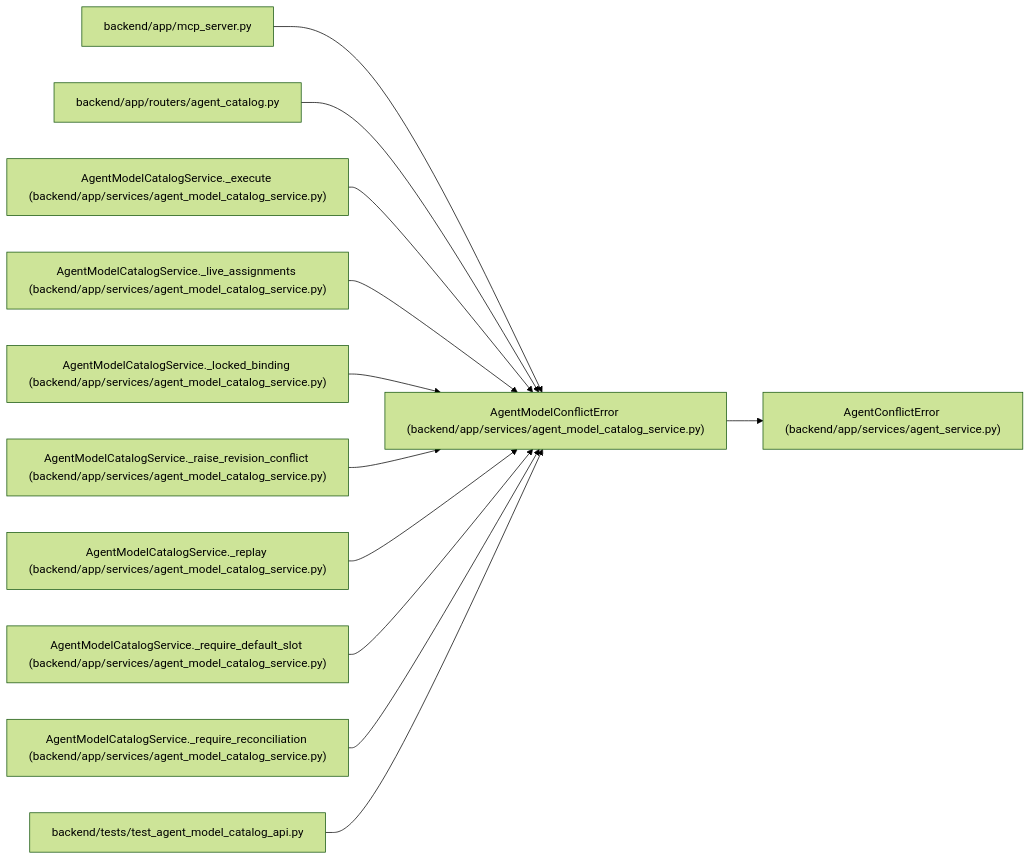
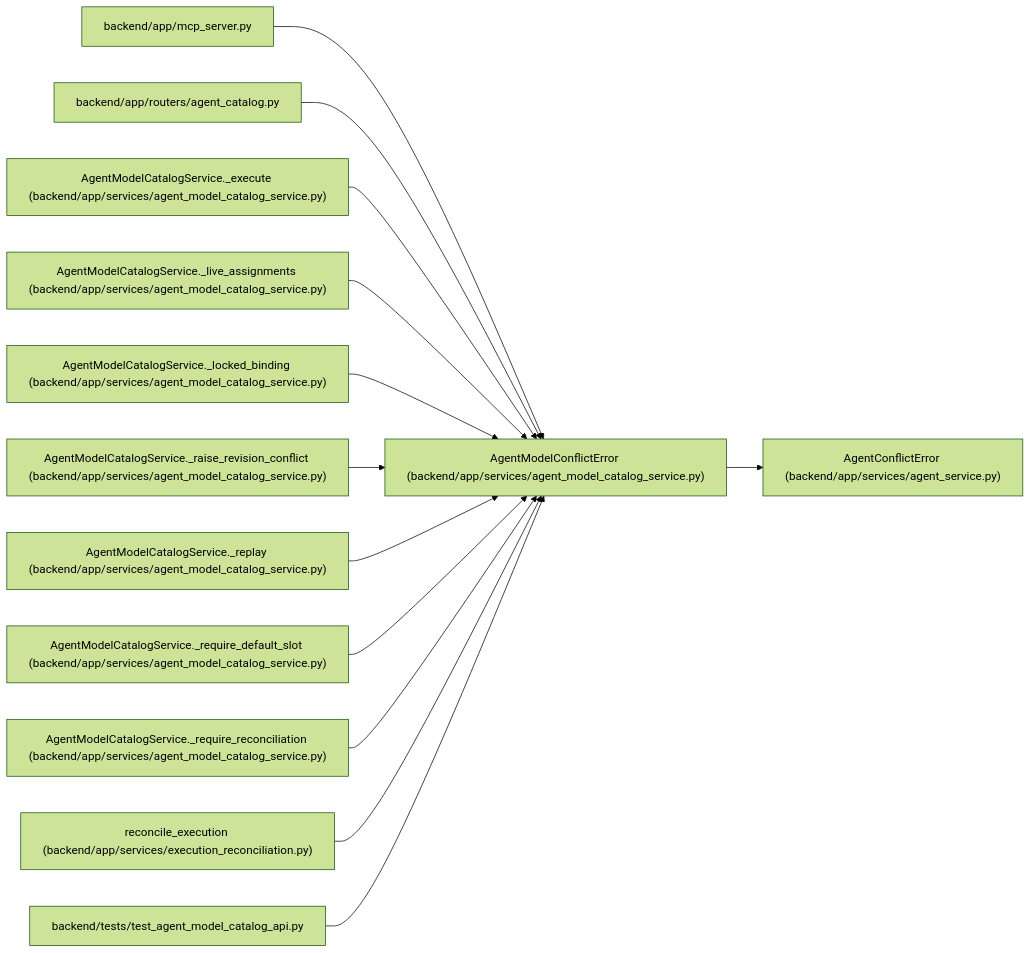
Before and after one commit to Denissvgn/WorkChord: the diagram in docs/llm_wiki/entities/AgentModelConflictError.md, drawn with Mermaid (forest theme). The commit also changed other lines of this file and 2373 other files, not shown here.

````diff
--- a/docs/llm_wiki/entities/AgentModelConflictError.md
+++ b/docs/llm_wiki/entities/AgentModelConflictError.md
@@ -26,38 +26,41 @@
 ```mermaid
 flowchart LR
     n0["AgentModelConflictError (backend/app/services/agent_model_catalog_service.py)"]
     n1["AgentConflictError (backend/app/services/agent_service.py)"]
     n2["backend/app/mcp_server.py"]
     n3["backend/app/routers/agent_catalog.py"]
     n4["AgentModelCatalogService._execute (backend/app/services/agent_model_catalog_service.py)"]
     n5["AgentModelCatalogService._live_assignments (backend/app/services/agent_model_catalog_service.py)"]
     n6["AgentModelCatalogService._locked_binding (backend/app/services/agent_model_catalog_service.py)"]
     n7["AgentModelCatalogService._raise_revision_conflict (backend/app/services/agent_model_catalog_service.py)"]
     n8["AgentModelCatalogService._replay (backend/app/services/agent_model_catalog_service.py)"]
     n9["AgentModelCatalogService._require_default_slot (backend/app/services/agent_model_catalog_service.py)"]
     n10["AgentModelCatalogService._require_reconciliation (backend/app/services/agent_model_catalog_service.py)"]
-    n11["backend/tests/test_agent_model_catalog_api.py"]
+    n11["reconcile_execution (backend/app/services/execution_reconciliation.py)"]
+    n12["backend/tests/test_agent_model_catalog_api.py"]
     n0 --> n1
     n2 --> n0
     n3 --> n0
     n4 --> n0
     n5 --> n0
     n6 --> n0
     n7 --> n0
     n8 --> n0
     n9 --> n0
     n10 --> n0
     n11 --> n0
+    n12 --> n0
     click n0 "../modules/agent_model_catalog_service.md"
     click n1 "../modules/agent_service.md"
     click n2 "../modules/mcp_server.md"
     click n3 "../modules/agent_catalog.md"
     click n4 "../modules/agent_model_catalog_service.md"
     click n5 "../modules/agent_model_catalog_service.md"
     click n6 "../modules/agent_model_catalog_service.md"
     click n7 "../modules/agent_model_catalog_service.md"
     click n8 "../modules/agent_model_catalog_service.md"
     click n9 "../modules/agent_model_catalog_service.md"
     click n10 "../modules/agent_model_catalog_service.md"
-    click n11 "../modules/test_agent_model_catalog_api.md"
+    click n11 "../modules/execution_reconciliation.md"
+    click n12 "../modules/test_agent_model_catalog_api.md"
 ```
````
